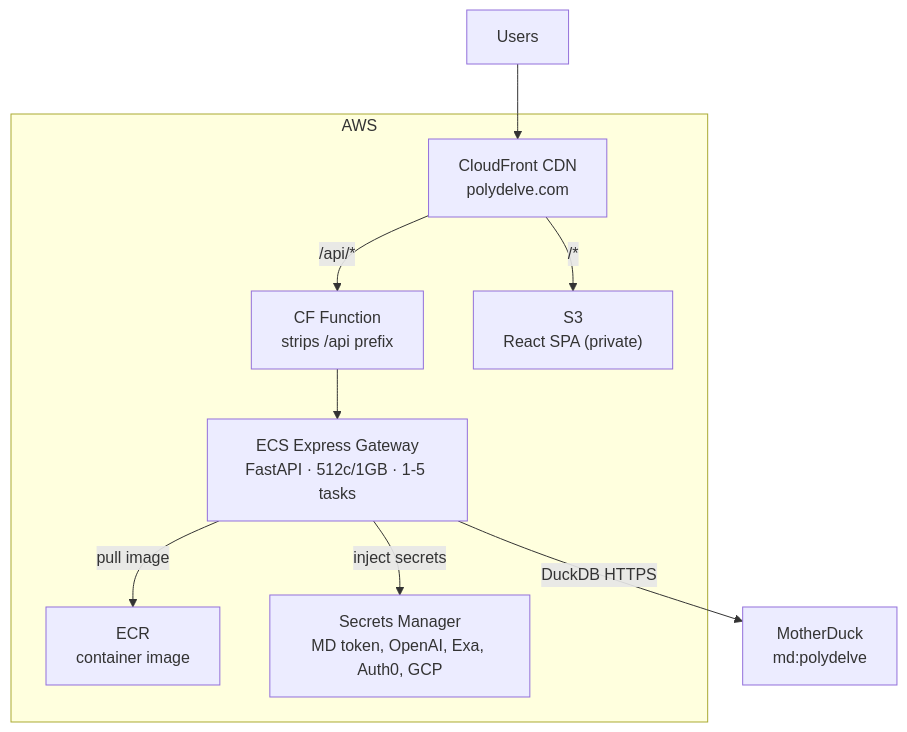
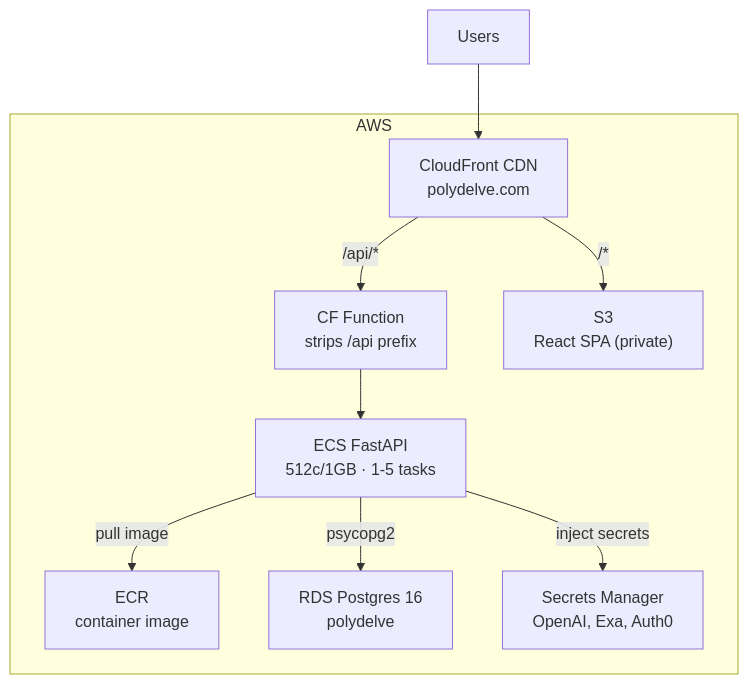
Before and after one commit to JacksonFaulkner/polydelve: the diagram in docs/content/docs/backend/api.mdx, drawn with Mermaid. The commit also changed 20 other files, not shown here.

````diff
--- a/docs/content/docs/backend/api.mdx
+++ b/docs/content/docs/backend/api.mdx
@@ -8,21 +8,20 @@
 ```mermaid
 flowchart TD
   Users --> CF
 
   subgraph AWS
     CF["CloudFront CDN\npolydelve.com"]
     CFF["CF Function\nstrips /api prefix"]
     S3["S3\nReact SPA (private)"]
-    ECS["ECS Express Gateway\nFastAPI · 512c/1GB · 1-5 tasks"]
+    ECS["ECS FastAPI\n512c/1GB · 1-5 tasks"]
     ECR["ECR\ncontainer image"]
-    SM["Secrets Manager\nMD token, OpenAI, Exa, Auth0, GCP"]
+    RDS["RDS Postgres 16\npolydelve"]
+    SM["Secrets Manager\nOpenAI, Exa, Auth0"]
   end
-
-  MD["MotherDuck\nmd:polydelve"]
 
   CF --"/*"--> S3
   CF --"/api/*"--> CFF --> ECS
   ECS --"pull image"--> ECR
   ECS --"inject secrets"--> SM
-  ECS --"DuckDB HTTPS"--> MD
+  ECS --"psycopg2"--> RDS
 ```
````
